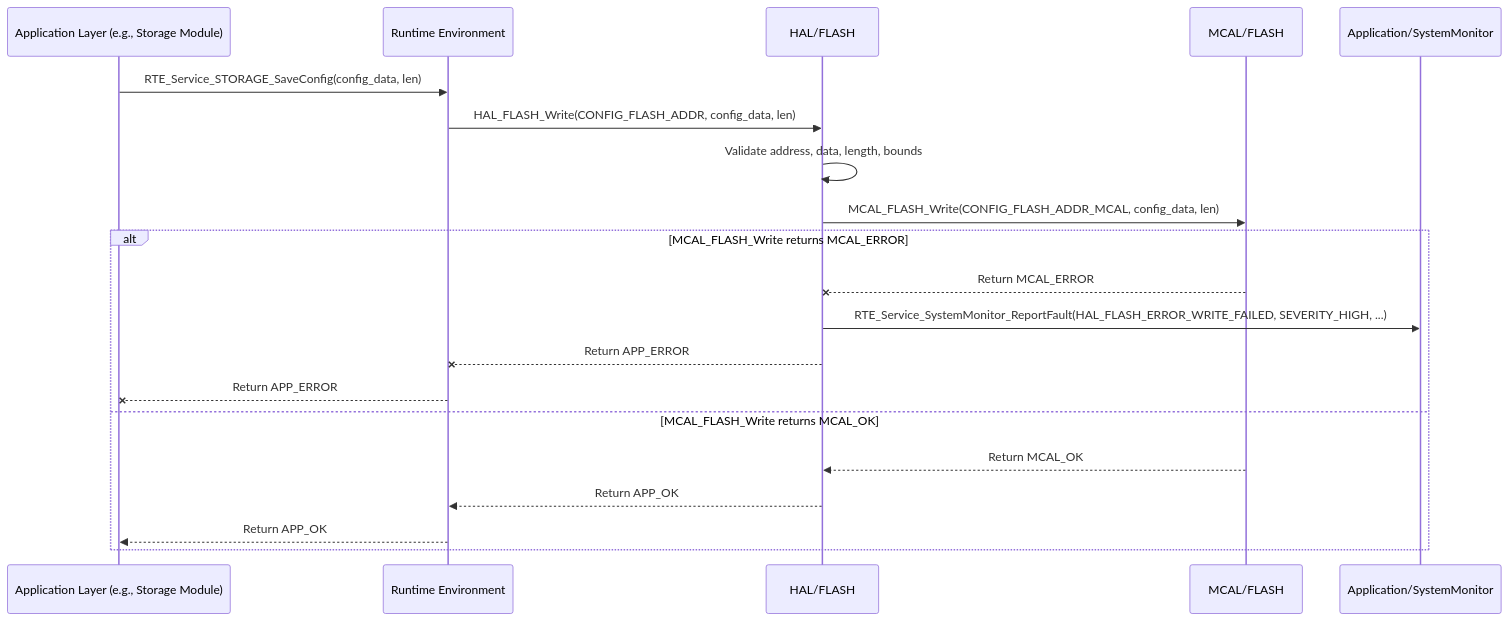
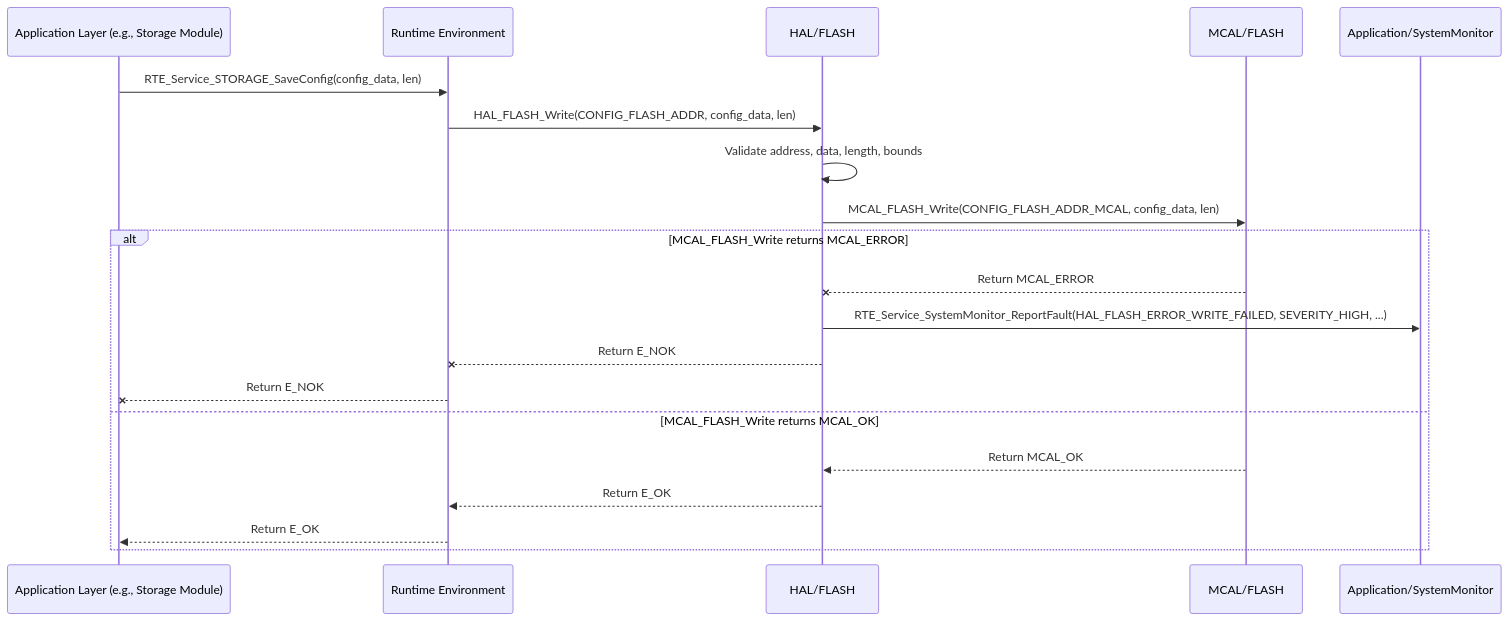
One commit to ashaker-2/Platform changed the diagram in Requiremets/Design/HAL/HAL_FLASH.md. Above: the diagram before and after it, drawn with Mermaid. The commit also changed other lines of this file and 716 other files, not shown here.

````diff
--- a/Requiremets/Design/HAL/HAL_FLASH.md
+++ b/Requiremets/Design/HAL/HAL_FLASH.md
@@ -151,23 +151,23 @@
 ```mermaid
 sequenceDiagram  
     participant AppLayer as Application Layer (e.g., Storage Module)  
     participant RTE as Runtime Environment  
     participant HAL_FLASH as HAL/FLASH  
     participant MCAL_FLASH as MCAL/FLASH  
     participant SystemMonitor as Application/SystemMonitor
 
     AppLayer->>RTE: RTE_Service_STORAGE_SaveConfig(config_data, len)  
     RTE->>HAL_FLASH: HAL_FLASH_Write(CONFIG_FLASH_ADDR, config_data, len)  
     HAL_FLASH->>HAL_FLASH: Validate address, data, length, bounds  
     HAL_FLASH->>MCAL_FLASH: MCAL_FLASH_Write(CONFIG_FLASH_ADDR_MCAL, config_data, len)  
     alt MCAL_FLASH_Write returns MCAL_ERROR  
         MCAL_FLASH--xHAL_FLASH: Return MCAL_ERROR  
         HAL_FLASH->>SystemMonitor: RTE_Service_SystemMonitor_ReportFault(HAL_FLASH_ERROR_WRITE_FAILED, SEVERITY_HIGH, ...)  
-        HAL_FLASH--xRTE: Return APP_ERROR  
-        RTE--xAppLayer: Return APP_ERROR  
+        HAL_FLASH--xRTE: Return E_NOK  
+        RTE--xAppLayer: Return E_NOK  
     else MCAL_FLASH_Write returns MCAL_OK  
         MCAL_FLASH-->>HAL_FLASH: Return MCAL_OK  
-        HAL_FLASH-->>RTE: Return APP_OK  
-        RTE-->>AppLayer: Return APP_OK  
+        HAL_FLASH-->>RTE: Return E_OK  
+        RTE-->>AppLayer: Return E_OK  
     end
 ```
````
